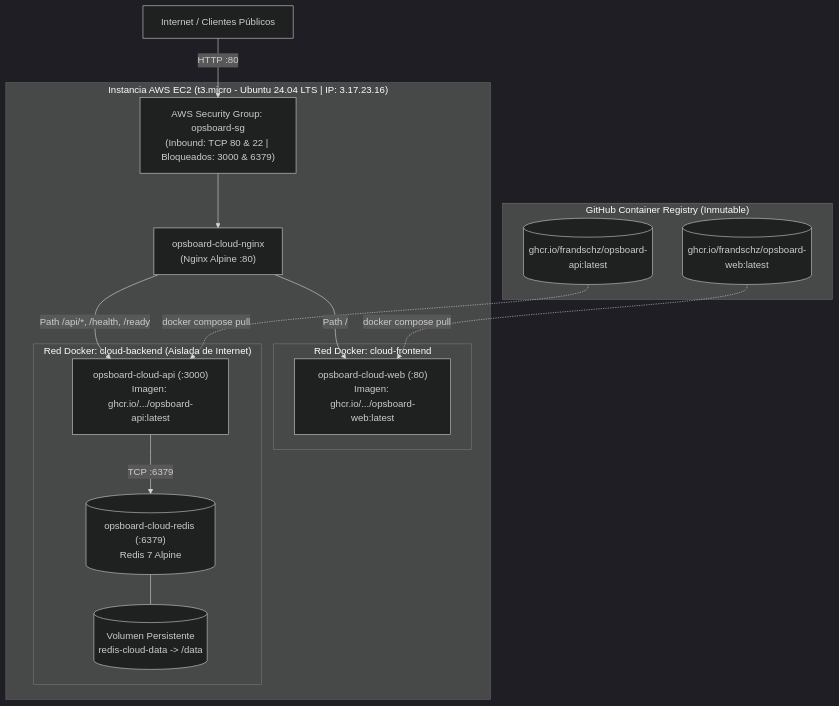
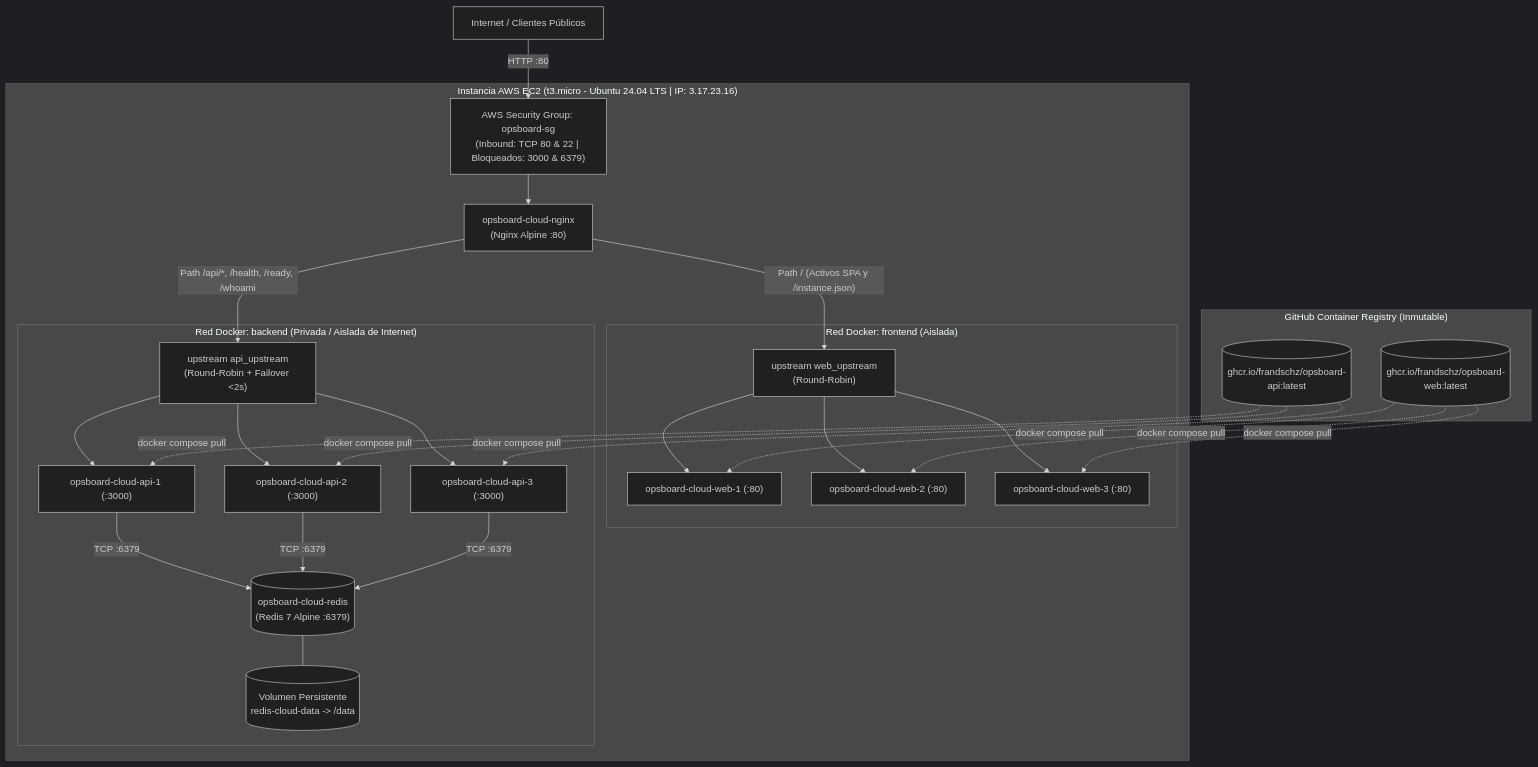
One commit to FranDSchz/devops-tp1 changed the second of 2 diagrams in docs/architecture.md. Above: the diagram before and after it, drawn with Mermaid (dark theme). The commit also changed other lines of this file and 6 other files, not shown here.

Commit message:
feat(cloud): implement multi-replica architecture with load balancing and failover in AWS EC2

````diff
--- a/docs/architecture.md
+++ b/docs/architecture.md
@@ -63,32 +63,41 @@
 ```mermaid
 flowchart TD
     Internet["Internet / Clientes Públicos"] -- "HTTP :80" --> SG["AWS Security Group: opsboard-sg<br>(Inbound: TCP 80 & 22 | Bloqueados: 3000 & 6379)"]
 
     subgraph AWS["Instancia AWS EC2 (t3.micro - Ubuntu 24.04 LTS | IP: 3.17.23.16)"]
         SG --> C_NGINX["opsboard-cloud-nginx<br>(Nginx Alpine :80)"]
 
-        subgraph DockerCloudFront["Red Docker: cloud-frontend"]
-            C_WEB["opsboard-cloud-web (:80)<br>Imagen: ghcr.io/.../opsboard-web:latest"]
+        subgraph DockerCloudFront["Red Docker: frontend (Aislada)"]
+            C_UP_WEB["upstream web_upstream<br>(Round-Robin)"]
+            CW1["opsboard-cloud-web-1 (:80)"]
+            CW2["opsboard-cloud-web-2 (:80)"]
+            CW3["opsboard-cloud-web-3 (:80)"]
+            C_UP_WEB --> CW1 & CW2 & CW3
         end
 
-        subgraph DockerCloudBack["Red Docker: cloud-backend (Aislada de Internet)"]
-            C_API["opsboard-cloud-api (:3000)<br>Imagen: ghcr.io/.../opsboard-api:latest"]
-            C_REDIS[("opsboard-cloud-redis (:6379)<br>Redis 7 Alpine")]
+        subgraph DockerCloudBack["Red Docker: backend (Privada / Aislada de Internet)"]
+            C_UP_API["upstream api_upstream<br>(Round-Robin + Failover &lt;2s)"]
+            CA1["opsboard-cloud-api-1 (:3000)"]
+            CA2["opsboard-cloud-api-2 (:3000)"]
+            CA3["opsboard-cloud-api-3 (:3000)"]
+            
+            C_REDIS[("opsboard-cloud-redis<br>(Redis 7 Alpine :6379)")]
             C_VOL[("Volumen Persistente<br>redis-cloud-data -> /data")]
             
-            C_API -- "TCP :6379" --> C_REDIS
+            C_UP_API --> CA1 & CA2 & CA3
+            CA1 & CA2 & CA3 -- "TCP :6379" --> C_REDIS
             C_REDIS --- C_VOL
         end
 
-        C_NGINX -- "Path /" --> C_WEB
-        C_NGINX -- "Path /api/*, /health, /ready" --> C_API
+        C_NGINX -- "Path / (Activos SPA y /instance.json)" --> C_UP_WEB
+        C_NGINX -- "Path /api/*, /health, /ready, /whoami" --> C_UP_API
     end
 
     subgraph GHCR["GitHub Container Registry (Inmutable)"]
         GHCR_WEB[("ghcr.io/frandschz/opsboard-web:latest")]
         GHCR_API[("ghcr.io/frandschz/opsboard-api:latest")]
     end
 
-    GHCR_WEB -.->|"docker compose pull"| C_WEB
-    GHCR_API -.->|"docker compose pull"| C_API
+    GHCR_WEB -.->|"docker compose pull"| CW1 & CW2 & CW3
+    GHCR_API -.->|"docker compose pull"| CA1 & CA2 & CA3
 ```
````
